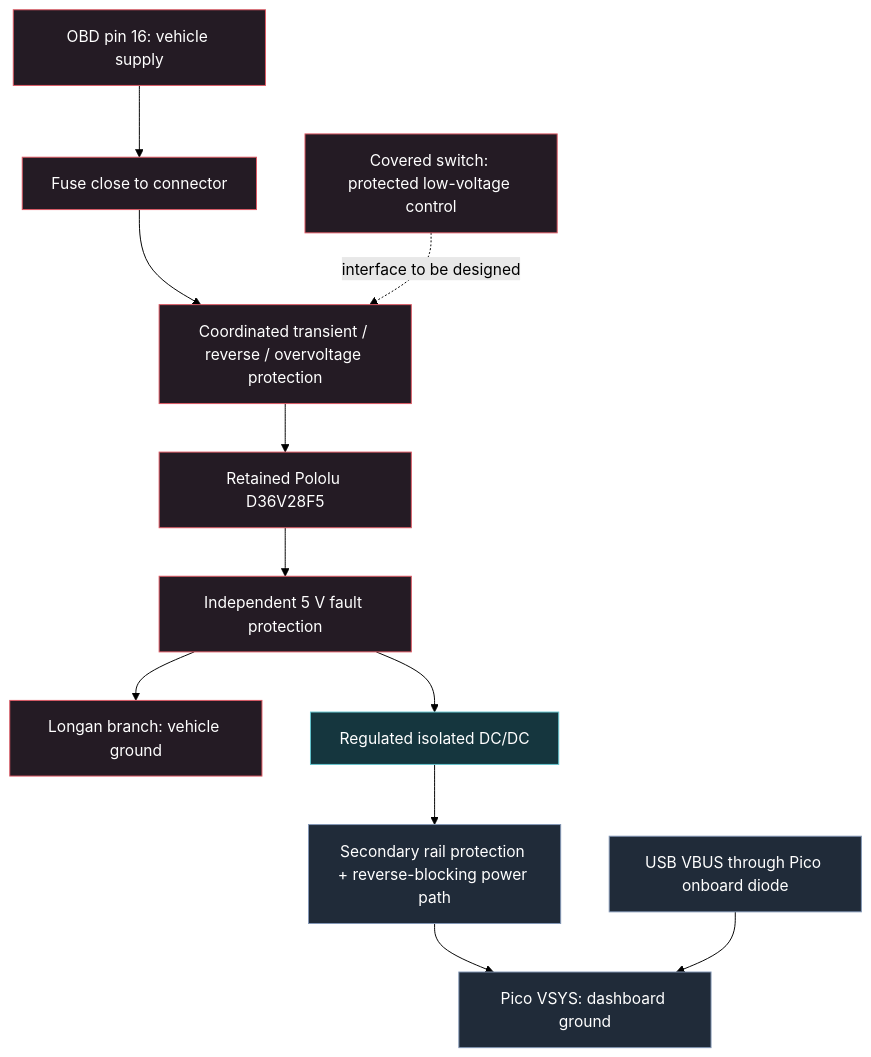
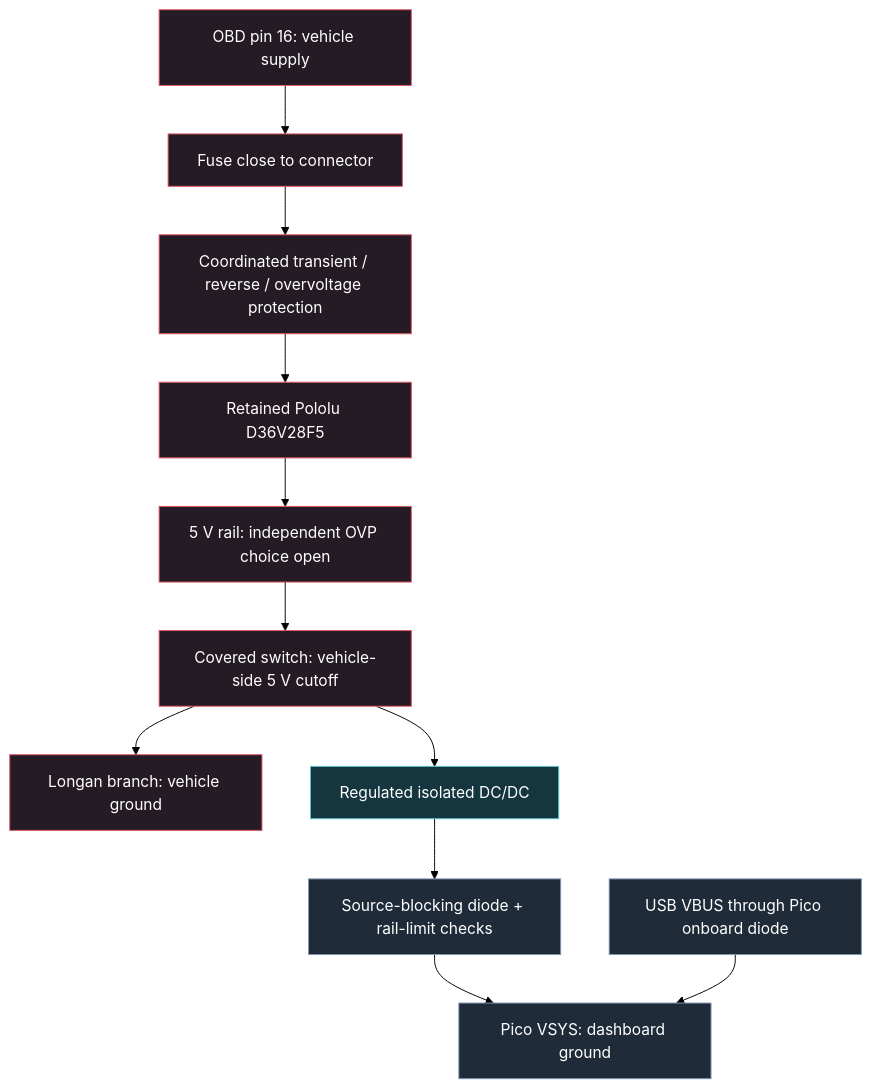
One commit to jpiechowka/pico2-ea888.3-car-dashboard changed the first of 2 diagrams in README.md. Above: the diagram before and after it, drawn with Mermaid (forest theme). The commit also changed other lines of this file and 6 other files, not shown here.

````diff
--- a/README.md
+++ b/README.md
@@ -291,19 +299,19 @@
 ```mermaid
 flowchart TD
     OBD["OBD pin 16: vehicle supply"] --> F["Fuse close to connector"]
     F --> INPUT["Coordinated transient / reverse / overvoltage protection"]
     INPUT --> REG["Retained Pololu D36V28F5"]
-    REG --> PROTECT["Independent 5 V fault protection"]
-    PROTECT --> LONGAN["Longan branch: vehicle ground"]
-    PROTECT --> ISO["Regulated isolated DC/DC"]
-    ISO --> SEC["Secondary rail protection + reverse-blocking power path"]
+    REG --> PROTECT["5 V rail: independent OVP choice open"]
+    PROTECT --> SWITCH["Covered switch: vehicle-side 5 V cutoff"]
+    SWITCH --> LONGAN["Longan branch: vehicle ground"]
+    SWITCH --> ISO["Regulated isolated DC/DC"]
+    ISO --> SEC["Source-blocking diode + rail-limit checks"]
     SEC --> PICO["Pico VSYS: dashboard ground"]
     USB["USB VBUS through Pico onboard diode"] --> PICO
-    SWITCH["Covered switch: protected low-voltage control"] -. "interface to be designed" .-> INPUT
     classDef vehicle fill:#241b24,stroke:#df5964,color:#fff
     classDef barrier fill:#15363e,stroke:#62c4ce,color:#fff
     classDef dashboard fill:#202b39,stroke:#8397b6,color:#fff
     class OBD,F,INPUT,REG,PROTECT,LONGAN,SWITCH vehicle
     class ISO barrier
     class SEC,PICO,USB dashboard
 ```
````
